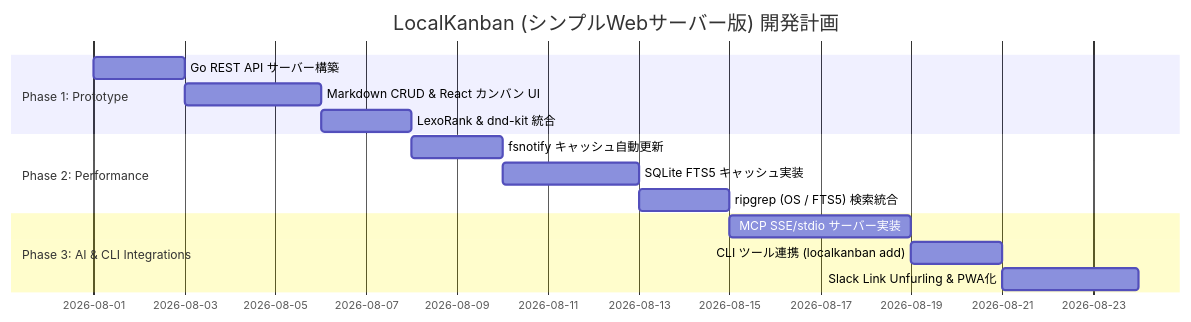
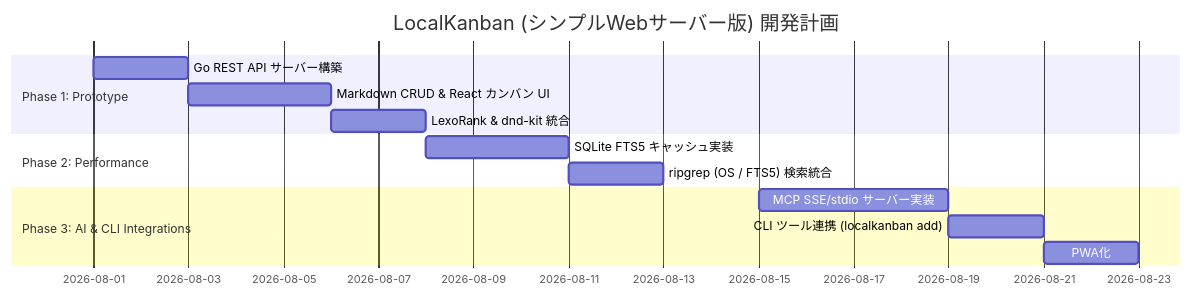
The diagram in SPECIFICATION.md (murosan/local-kanban), drawn with Mermaid before and after one commit. The commit also changed other lines of this file and 2 other files, not shown here.

````diff
--- a/SPECIFICATION.md
+++ b/SPECIFICATION.md
@@ -222,17 +213,16 @@
 ```mermaid
 gantt
     title LocalKanban (シンプルWebサーバー版) 開発計画
     dateFormat  YYYY-MM-DD
     section Phase 1: Prototype
     Go REST API サーバー構築         :p1_1, 2026-08-01, 2d
     Markdown CRUD & React カンバン UI  :p1_2, after p1_1, 3d
     LexoRank & dnd-kit 統合          :p1_3, after p1_2, 2d
     section Phase 2: Performance
-    fsnotify キャッシュ自動更新      :p2_1, 2026-08-08, 2d
-    SQLite FTS5 キャッシュ実装       :p2_2, after p2_1, 3d
-    ripgrep (OS / FTS5) 検索統合     :p2_3, after p2_2, 2d
+    SQLite FTS5 キャッシュ実装       :p2_1, 2026-08-08, 3d
+    ripgrep (OS / FTS5) 検索統合     :p2_2, after p2_1, 2d
     section Phase 3: AI & CLI Integrations
     MCP SSE/stdio サーバー実装       :p3_1, 2026-08-15, 4d
     CLI ツール連携 (localkanban add)  :p3_2, after p3_1, 2d
-    Slack Link Unfurling & PWA化     :p3_3, after p3_2, 3d
+    PWA化                            :p3_3, after p3_2, 2d
 ```
````
